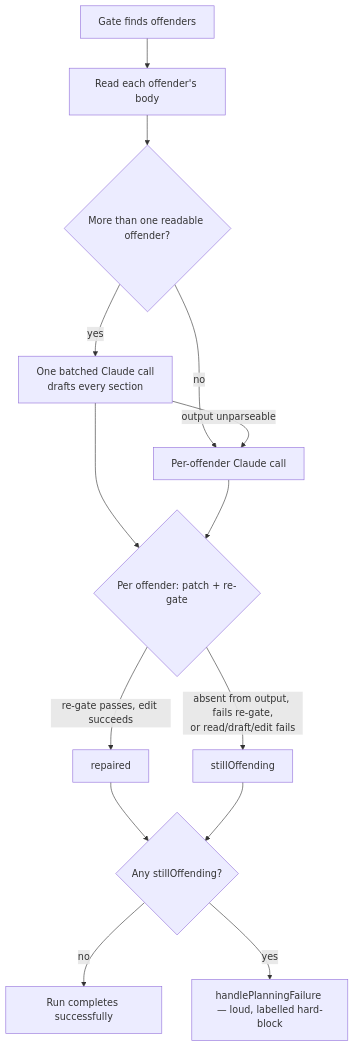
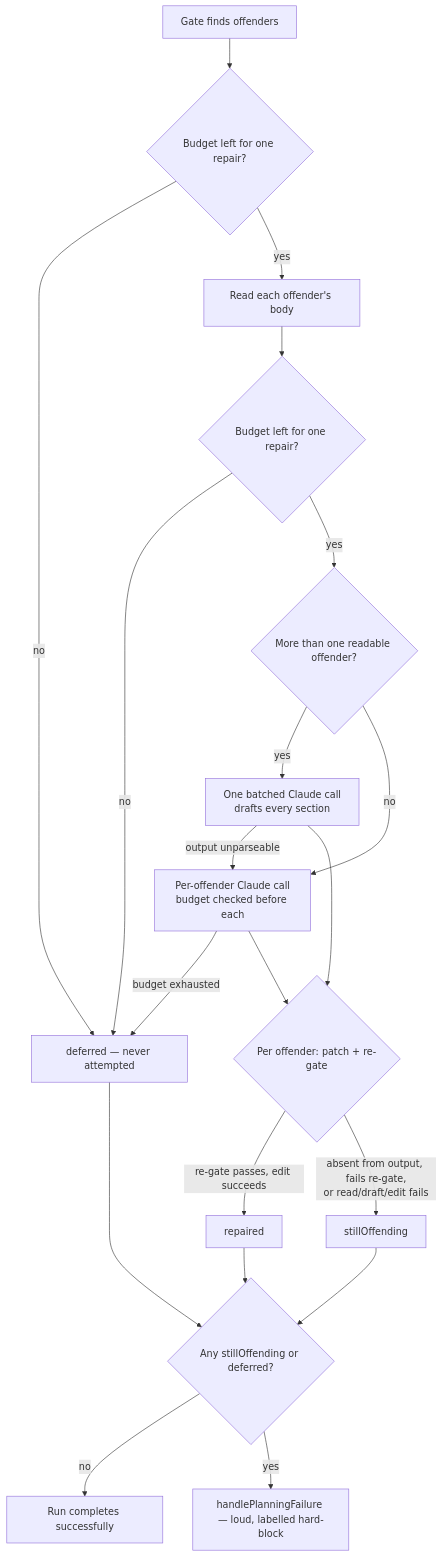
Before and after one commit to stSoftwareAU/VibeCoder: the second of 5 diagrams in docs/workflows/planning-and-questions.md, drawn with Mermaid. The commit also changed other lines of this file and 7 other files, not shown here.

````diff
--- a/docs/workflows/planning-and-questions.md
+++ b/docs/workflows/planning-and-questions.md
@@ -302,16 +302,22 @@
 ```mermaid
 flowchart TD
-    A[Gate finds offenders] --> B[Read each offender's body]
-    B --> C{More than one readable offender?}
+    A[Gate finds offenders] --> Z{Budget left for one repair?}
+    Z -->|no| Y[deferred — never attempted]
+    Z -->|yes| B[Read each offender's body]
+    B --> Z2{Budget left for one repair?}
+    Z2 -->|no| Y
+    Z2 -->|yes| C{More than one readable offender?}
     C -->|yes| D[One batched Claude call<br/>drafts every section]
-    C -->|no| E[Per-offender Claude call]
+    C -->|no| E[Per-offender Claude call<br/>budget checked before each]
     D -->|output unparseable| E
+    E -->|budget exhausted| Y
     D --> F{Per offender: patch + re-gate}
     E --> F
     F -->|re-gate passes, edit succeeds| G[repaired]
     F -->|absent from output, fails re-gate,<br/>or read/draft/edit fails| H[stillOffending]
-    G --> I{Any stillOffending?}
+    G --> I{Any stillOffending or deferred?}
     H --> I
+    Y --> I
     I -->|no| J[Run completes successfully]
     I -->|yes| K[handlePlanningFailure — loud, labelled hard-block]
 ```
````
